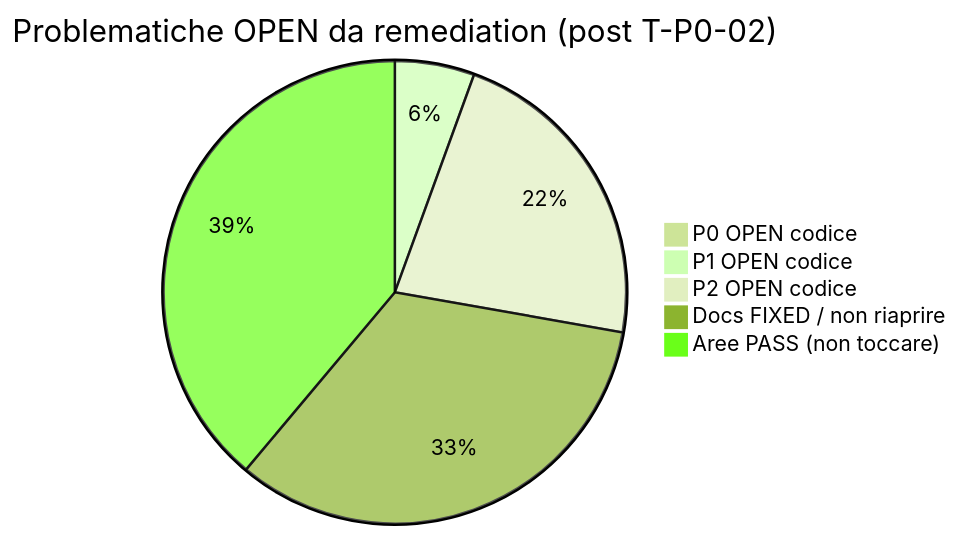
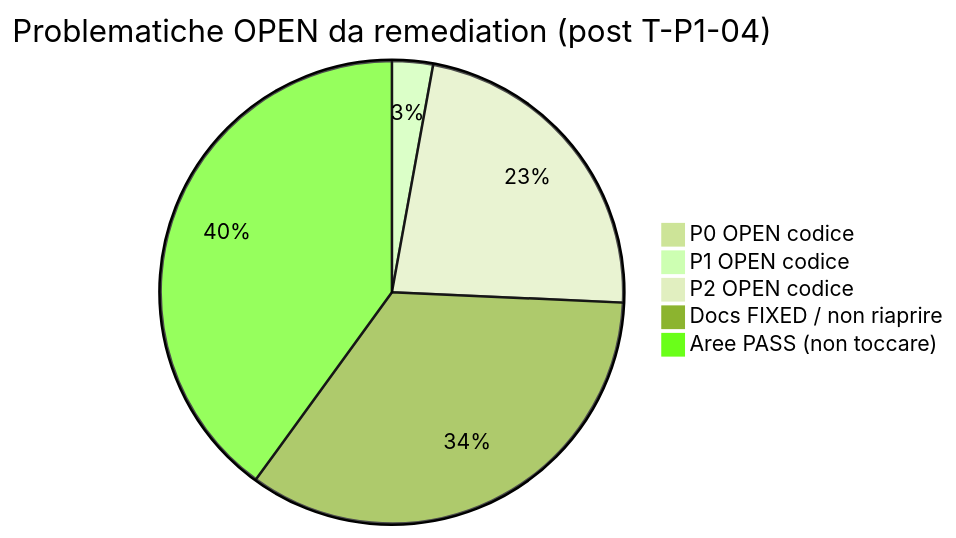
Before and after one commit to JiraaG/Intelligence-Dashboard: the second of 2 diagrams in plan-audit/audit_problemi_documentazione.md, drawn with Mermaid (forest theme). The commit also changed other lines of this file and 7 other files, not shown here.

````diff
--- a/plan-audit/audit_problemi_documentazione.md
+++ b/plan-audit/audit_problemi_documentazione.md
@@ -144,8 +144,8 @@
 ```mermaid
-pie title Problematiche OPEN da remediation (post T-P0-02)
+pie title Problematiche OPEN da remediation (post T-P1-04)
     "P0 OPEN codice" : 0
-    "P1 OPEN codice" : 2
+    "P1 OPEN codice" : 1
     "P2 OPEN codice" : 8
     "Docs FIXED / non riaprire" : 12
     "Aree PASS (non toccare)" : 14
 ```
````
